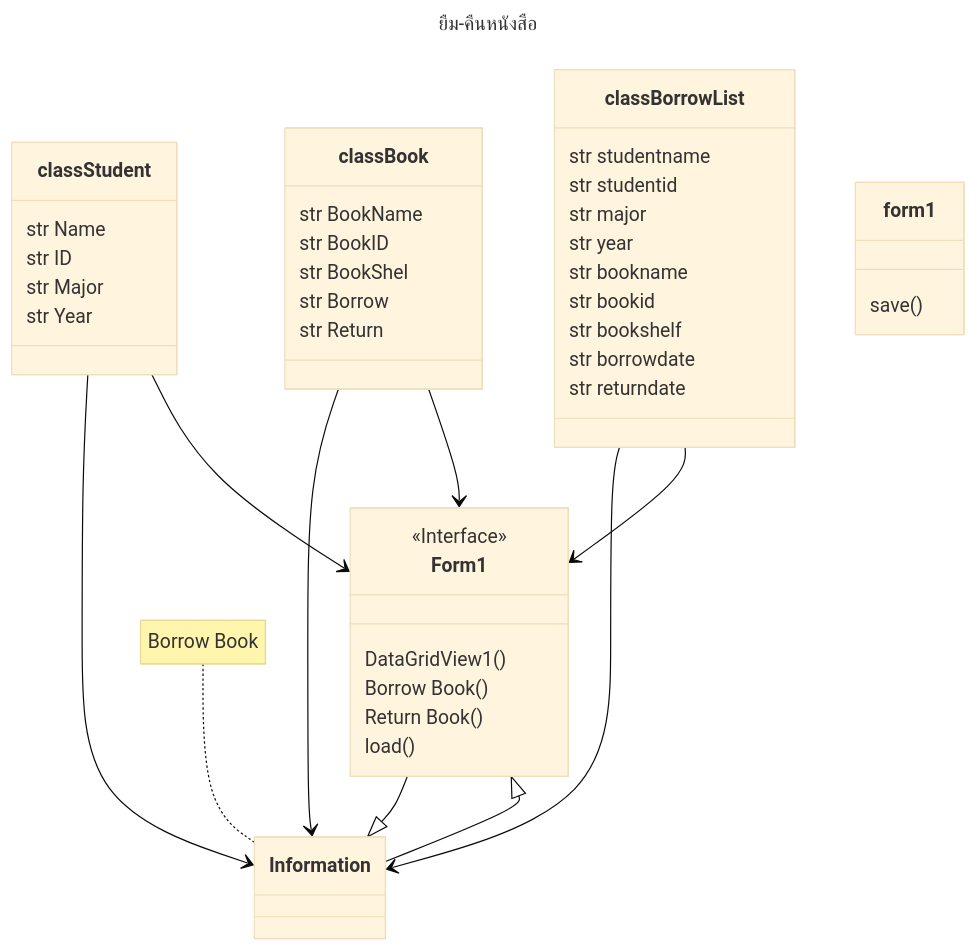
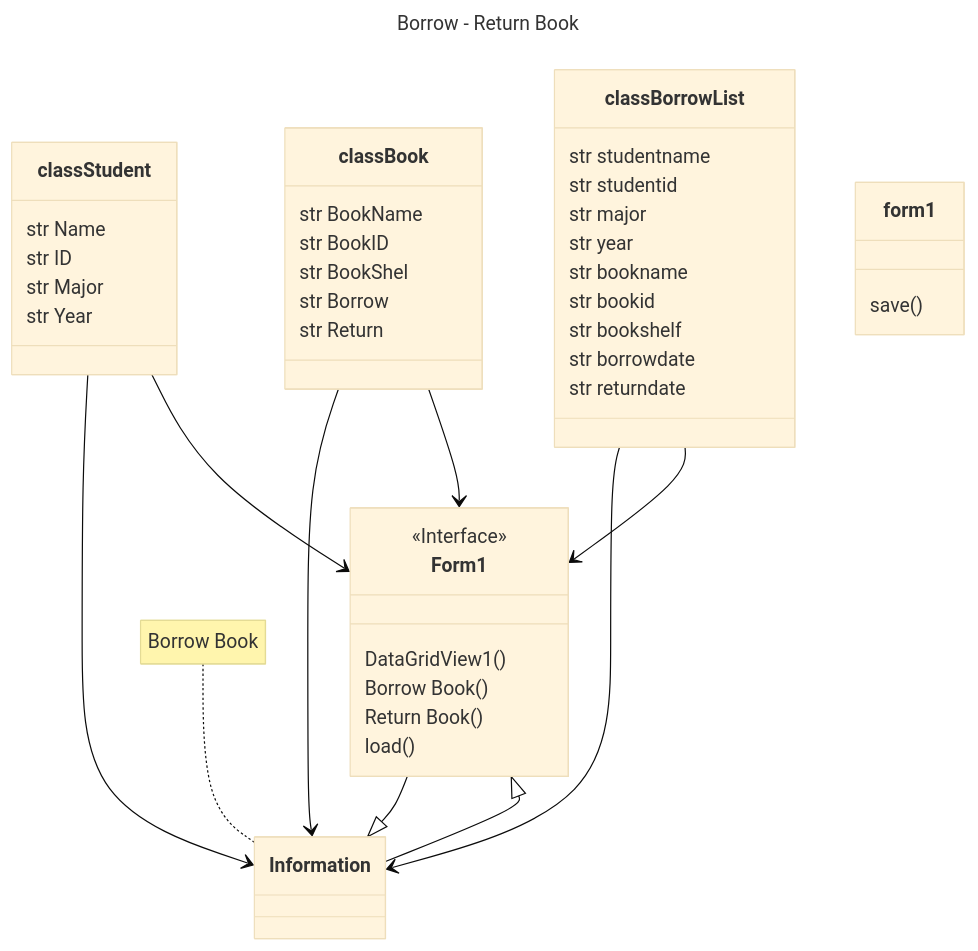
The diagram in README.md (bbxxaxxm/Finalnatnicha), drawn with Mermaid (base theme) before and after one commit.

````diff
--- a/README.md
+++ b/README.md
@@ -9,39 +9,39 @@
 ```mermaid
 ---
-title: ยืม-คืนหนังสือ
+title: Borrow - Return Book
 ---
 classDiagram
 Form1 --|> Information
 <<Interface>> Form1
 Information --|> Form1
 note for Information "Borrow Book"
 classStudent --> Information
 classStudent : str Name
 classStudent : str ID
 classStudent : str Major
 classStudent : str Year
 classStudent --> Form1
 classBook --> Information
 classBook : str BookName
 classBook : str BookID
 classBook : str BookShel
 classBook : str Borrow
 classBook : str Return
 classBook --> Form1
 classBorrowList --> Information
 classBorrowList : str studentname
 classBorrowList : str studentid
 classBorrowList : str major
 classBorrowList : str year
 classBorrowList : str bookname
 classBorrowList : str bookid
 classBorrowList : str bookshelf
 classBorrowList : str borrowdate
 classBorrowList : str returndate
 classBorrowList --> Form1
 Form1 : DataGridView1()
 Form1 : Borrow Book()
 Form1 : Return Book()
 form1 : save()
 Form1 : load()
 ```
````
